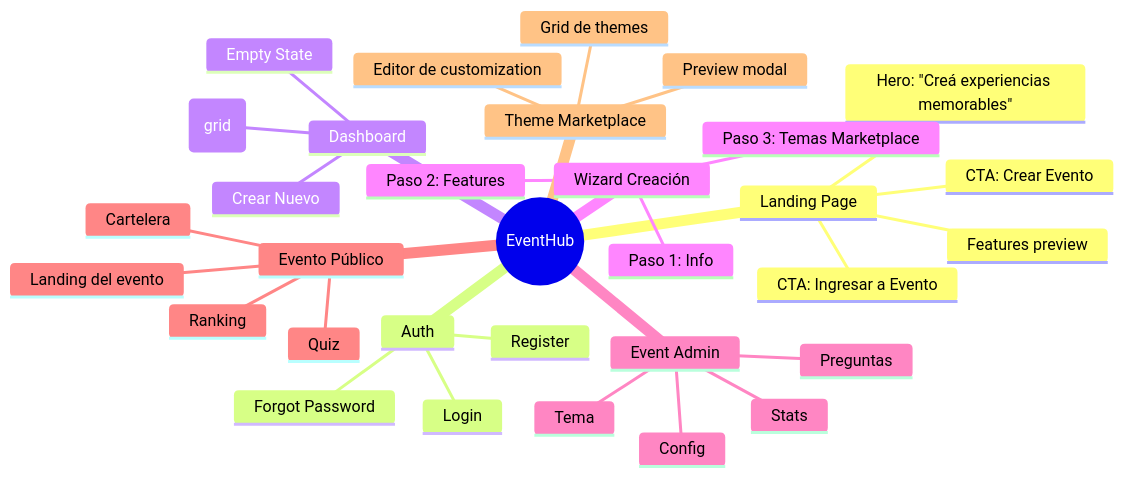
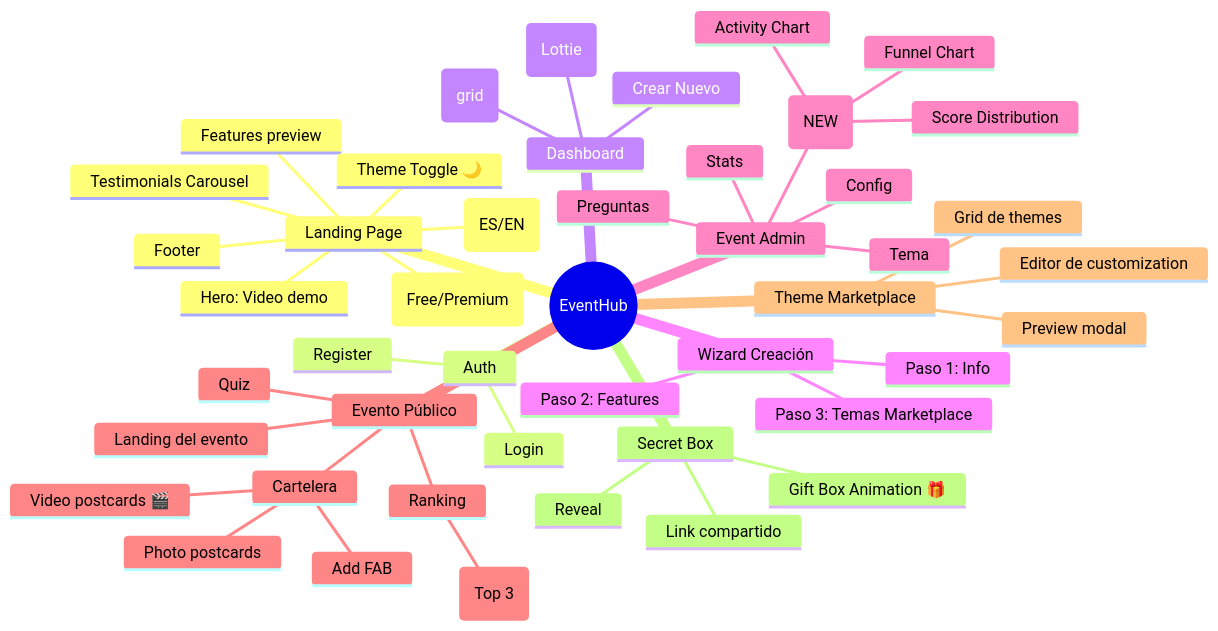
Before and after one commit to tadevshi/the-mile-game: the eighth of 8 diagrams in docs/flows/eventhub-flows.md, drawn with Mermaid. The commit also changed other lines of this file and 8 other files, not shown here.

````diff
--- a/docs/flows/eventhub-flows.md
+++ b/docs/flows/eventhub-flows.md
@@ -156,35 +339,49 @@
 ```mermaid
 mindmap
     root((EventHub))
         Landing Page
-            Hero: "Creá experiencias memorables"
-            CTA: Crear Evento
-            CTA: Ingresar a Evento
+            Hero: Video demo
             Features preview
+            Pricing Table (Free/Premium)
+            Testimonials Carousel
+            Footer
+            Language Switcher (ES/EN)
+            Theme Toggle 🌙
         Auth
             Login
             Register
-            Forgot Password
         Dashboard
             Mis Eventos (grid)
             Crear Nuevo
-            Empty State
+            Empty State (Lottie)
         Wizard Creación
             Paso 1: Info
             Paso 2: Features
             Paso 3: Temas Marketplace
         Event Admin
             Config
             Preguntas
             Tema
             Stats
+            Analytics 📈 (NEW)
+                Activity Chart
+                Funnel Chart
+                Score Distribution
         Evento Público
             Landing del evento
             Quiz
             Ranking
+                Celebration Animation (Top 3)
             Cartelera
+                Photo postcards
+                Video postcards 🎬
+                Add FAB
         Theme Marketplace
             Grid de themes
             Preview modal
             Editor de customization
+        Secret Box
+            Link compartido
+            Gift Box Animation 🎁
+            Reveal
 ```
````
